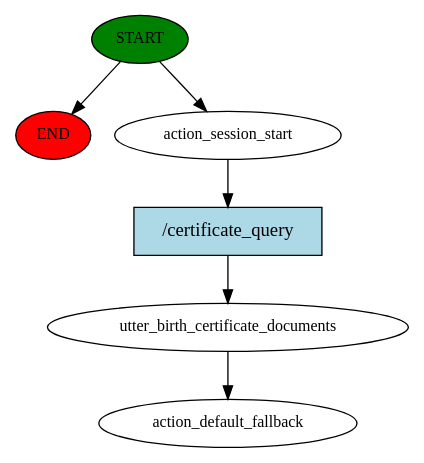
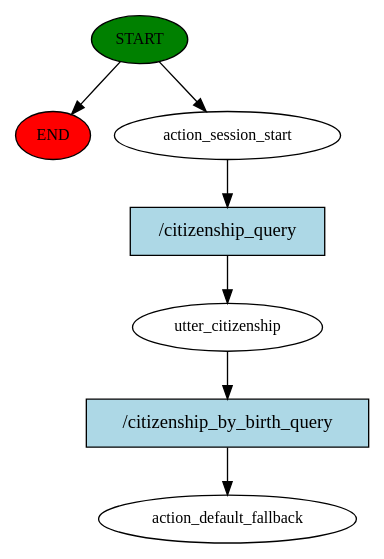
Before and after one commit to PiyushLuitel-07/Samadhan-A-Local-Government-Service-QueryBot: the diagram in story_graph.dot, drawn with Graphviz. The commit also changed 321 other files, not shown here.

```diff
--- a/story_graph.dot
+++ b/story_graph.dot
@@ -1,13 +1,15 @@
 digraph  {
 0 [class="start active", fillcolor=green, fontsize=12, label=START, style=filled];
 "-1" [class=end, fillcolor=red, fontsize=12, label=END, style=filled];
 1 [class=active, fontsize=12, label=action_session_start];
-2 [class=active, fontsize=12, label=utter_birth_certificate_documents];
+2 [class=active, fontsize=12, label=utter_citizenship];
 3 [class="dashed active", fontsize=12, label=action_default_fallback];
-4 [class="intent active", fillcolor=lightblue, label="/certificate_query", shape=rect, style=filled];
+4 [class="intent active", fillcolor=lightblue, label="/citizenship_query", shape=rect, style=filled];
+5 [class="intent active", fillcolor=lightblue, label="/citizenship_by_birth_query", shape=rect, style=filled];
 0 -> "-1"  [class="", key=NONE, label=""];
 0 -> 1  [class=active, key=NONE, label=""];
 1 -> 4  [class=active, key=0];
-2 -> 3  [class=active, key=NONE, label=""];
+2 -> 5  [class=active, key=0];
 4 -> 2  [class=active, key=0];
+5 -> 3  [class=active, key=0];
 }
```
